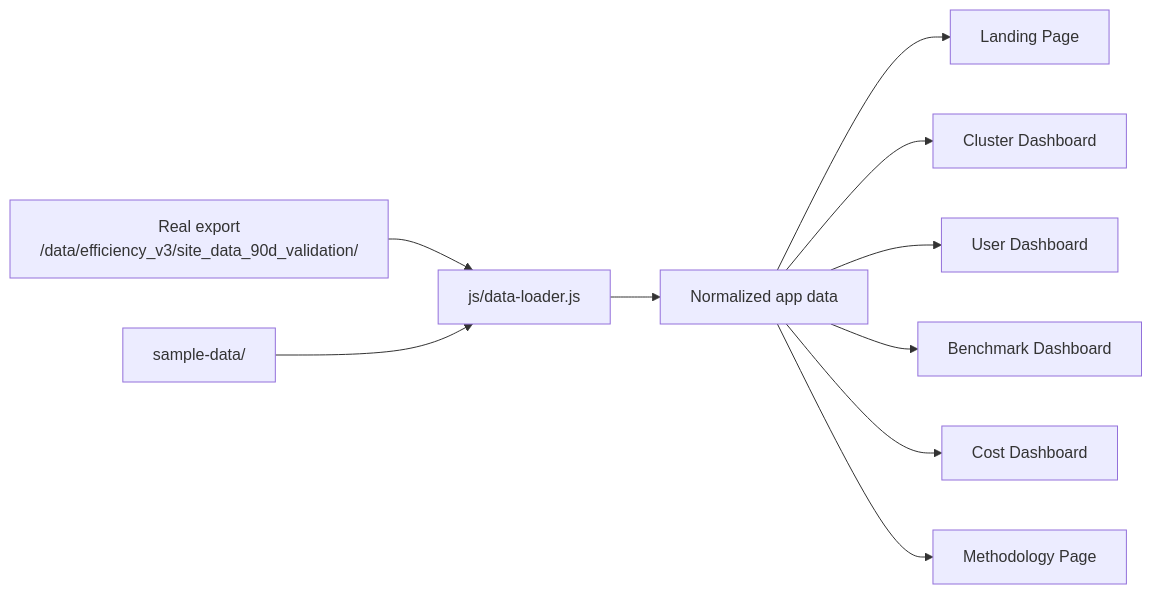
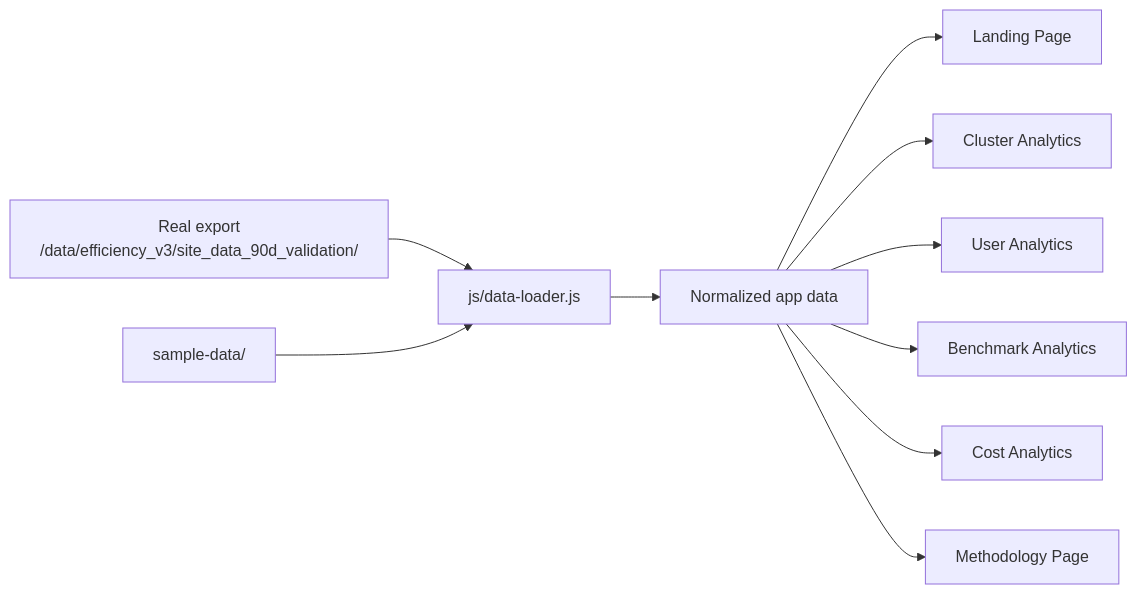
The diagram in docs/data-architecture.md (bentpetersendk/mjolnir-analytics-public), drawn with Mermaid before and after one commit. The commit also changed 8 other files, not shown here.

````diff
--- a/docs/data-architecture.md
+++ b/docs/data-architecture.md
@@ -3,12 +3,12 @@
 ```mermaid
 flowchart LR
   A[Real export\n/data/efficiency_v3/site_data_90d_validation/] --> B[js/data-loader.js]
   C[sample-data/] --> B
   B --> D[Normalized app data]
   D --> E[Landing Page]
-  D --> F[Cluster Dashboard]
-  D --> G[User Dashboard]
-  D --> H[Benchmark Dashboard]
-  D --> I[Cost Dashboard]
+  D --> F[Cluster Analytics]
+  D --> G[User Analytics]
+  D --> H[Benchmark Analytics]
+  D --> I[Cost Analytics]
   D --> J[Methodology Page]
 ```
````
